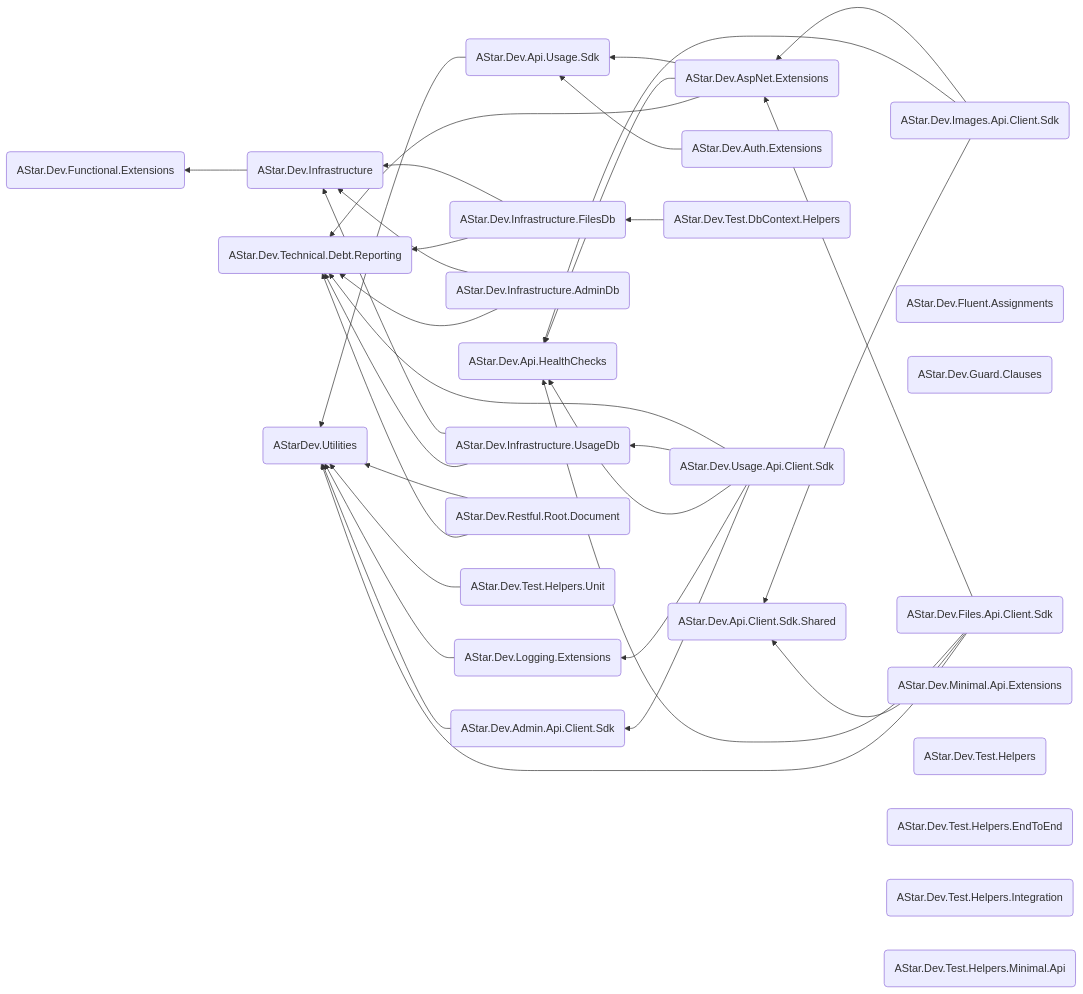
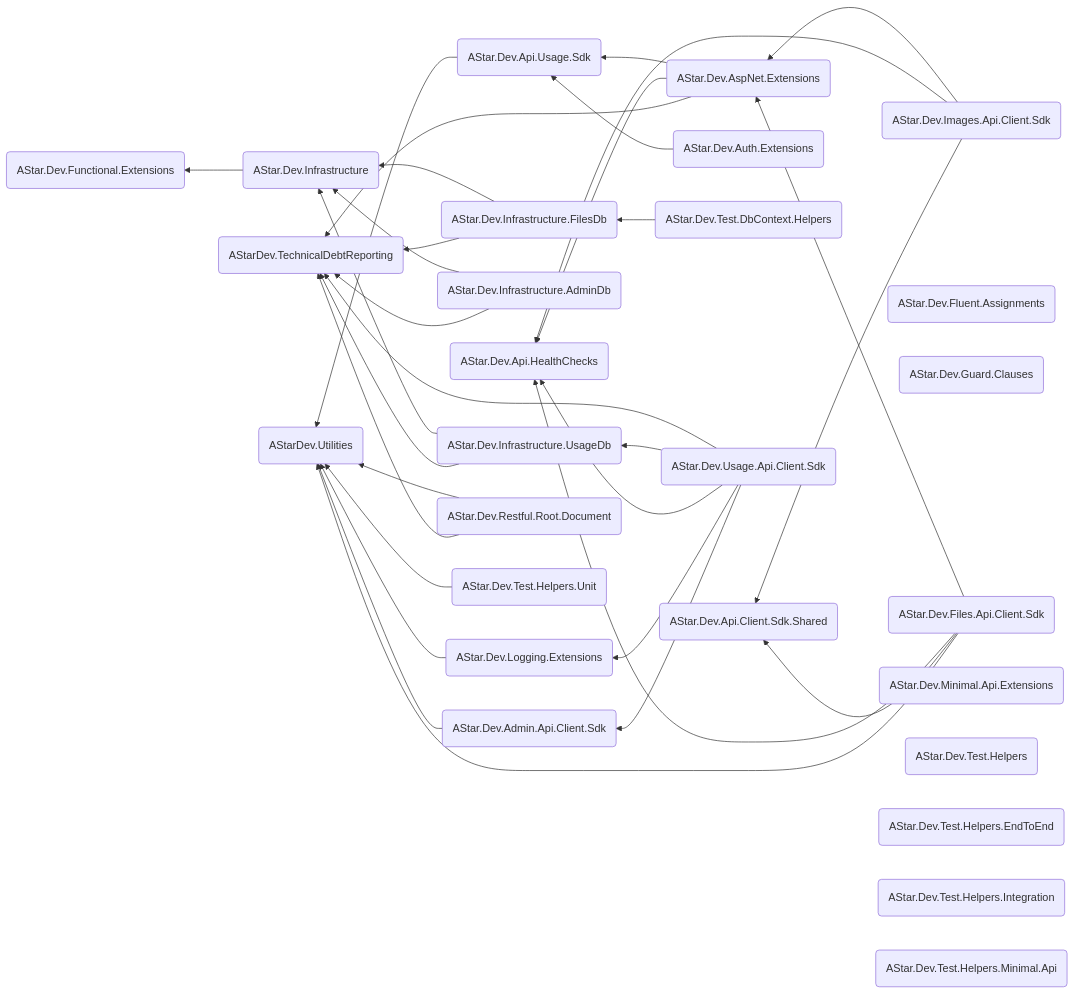
Before and after one commit to astar-development/astar-dev-mono: the diagram in packages/astar-dev-nuget-package-details-and-usage/README.md, drawn with Mermaid. The commit also changed other lines of this file and 1233 other files, not shown here.

````diff
--- a/packages/astar-dev-nuget-package-details-and-usage/README.md
+++ b/packages/astar-dev-nuget-package-details-and-usage/README.md
@@ -37,45 +37,45 @@
 ```mermaid
 graph RL
-    A(AStar.Dev.Technical.Debt.Reporting)
+    A(AStarDev.TechnicalDebtReporting)
     B(AStarDev.Utilities)
     C(AStar.Dev.Admin.Api.Client.Sdk) --> B
     D(AStar.Dev.Api.Client.Sdk.Shared)
     E(AStar.Dev.Api.HealthChecks)
     F(AStar.Dev.Api.Usage.Sdk) --> B
     G(AStar.Dev.AspNet.Extensions) --> A
     G(AStar.Dev.AspNet.Extensions) --> E
     G(AStar.Dev.AspNet.Extensions) --> F
     H(AStar.Dev.Auth.Extensions) --> F
     I(AStar.Dev.Files.Api.Client.Sdk) --> B
     I(AStar.Dev.Files.Api.Client.Sdk) --> D
     I(AStar.Dev.Files.Api.Client.Sdk) --> E
     I(AStar.Dev.Files.Api.Client.Sdk) --> G
     J(AStar.Dev.Fluent.Assignments)
     K(AStar.Dev.Functional.Extensions)
     L(AStar.Dev.Guard.Clauses)
     M(AStar.Dev.Images.Api.Client.Sdk) --> D
     M(AStar.Dev.Images.Api.Client.Sdk) --> E
     M(AStar.Dev.Images.Api.Client.Sdk) --> G
     N(AStar.Dev.Infrastructure) --> K
     O(AStar.Dev.Infrastructure.AdminDb) --> A
     O(AStar.Dev.Infrastructure.AdminDb) --> N
     P(AStar.Dev.Infrastructure.FilesDb) --> A
     P(AStar.Dev.Infrastructure.FilesDb) --> N
     Q(AStar.Dev.Infrastructure.UsageDb) --> A
     Q(AStar.Dev.Infrastructure.UsageDb) --> N
     R(AStar.Dev.Logging.Extensions) --> B
     S(AStar.Dev.Minimal.Api.Extensions)
     T(AStar.Dev.Restful.Root.Document) --> A
     T(AStar.Dev.Restful.Root.Document) --> B
     U(AStar.Dev.Test.DbContext.Helpers) --> P
     V(AStar.Dev.Test.Helpers)
     W(AStar.Dev.Test.Helpers.EndToEnd)
     X(AStar.Dev.Test.Helpers.Integration)
     Y(AStar.Dev.Test.Helpers.Minimal.Api)
     Z(AStar.Dev.Test.Helpers.Unit) --> B
     ZA(AStar.Dev.Usage.Api.Client.Sdk) --> C
     ZA(AStar.Dev.Usage.Api.Client.Sdk) --> R
     ZA(AStar.Dev.Usage.Api.Client.Sdk) --> E
     ZA(AStar.Dev.Usage.Api.Client.Sdk) --> Q
     ZA(AStar.Dev.Usage.Api.Client.Sdk) --> A
 ```
````
